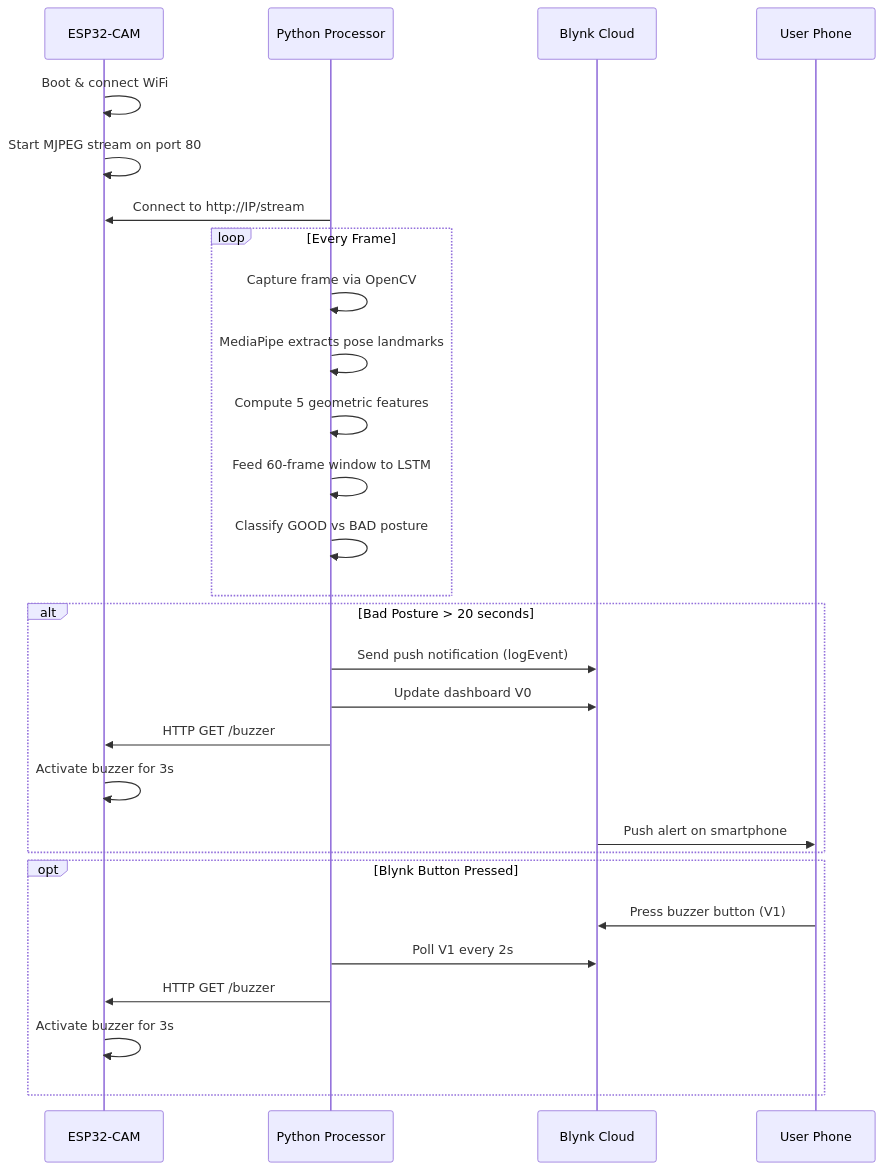
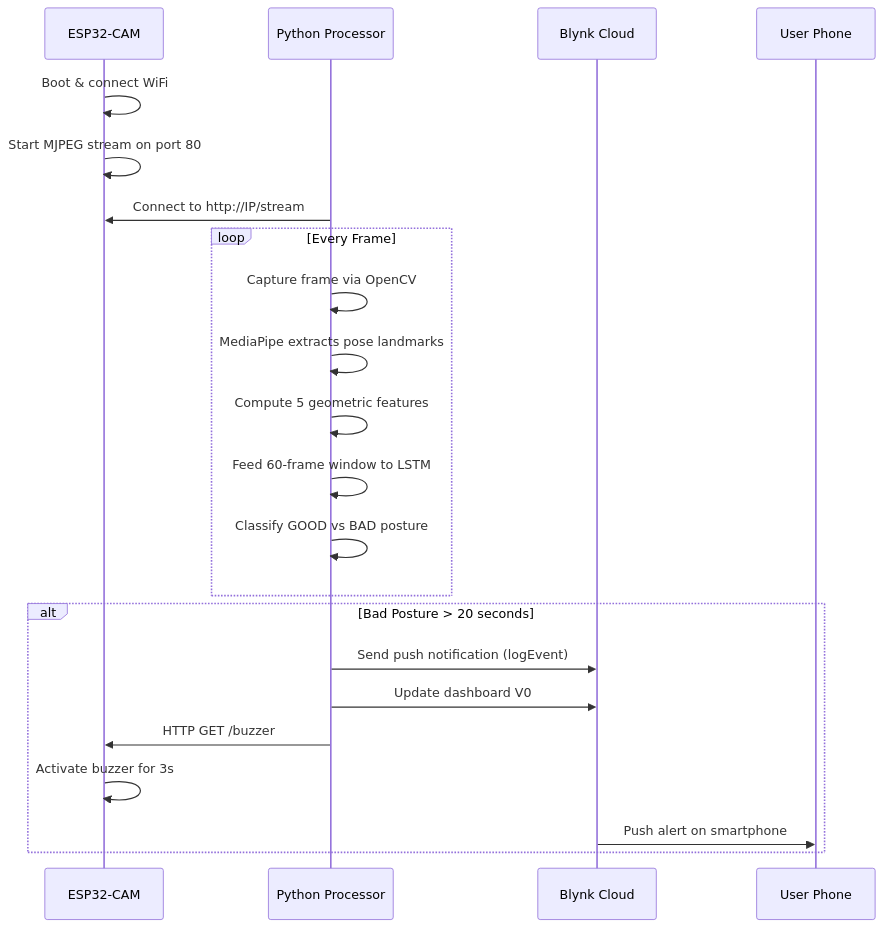
The second of 3 diagrams in README.md (Fatin007/Sitting_Posture_Detection), drawn with Mermaid before and after one commit. The commit also changed other lines of this file, not shown here.

````diff
--- a/README.md
+++ b/README.md
@@ -76,34 +76,27 @@
 ```mermaid
 sequenceDiagram
     participant ESP32 as ESP32-CAM
     participant PC as Python Processor
     participant Blynk as Blynk Cloud
     participant User as User Phone
 
     ESP32->>ESP32: Boot & connect WiFi
     ESP32->>ESP32: Start MJPEG stream on port 80
 
     PC->>ESP32: Connect to http://IP/stream
     loop Every Frame
         PC->>PC: Capture frame via OpenCV
         PC->>PC: MediaPipe extracts pose landmarks
         PC->>PC: Compute 5 geometric features
         PC->>PC: Feed 60-frame window to LSTM
         PC->>PC: Classify GOOD vs BAD posture
     end
 
     alt Bad Posture > 20 seconds
         PC->>Blynk: Send push notification (logEvent)
         PC->>Blynk: Update dashboard V0
         PC->>ESP32: HTTP GET /buzzer
         ESP32->>ESP32: Activate buzzer for 3s
         Blynk->>User: Push alert on smartphone
     end
-
-    opt Blynk Button Pressed
-        User->>Blynk: Press buzzer button (V1)
-        PC->>Blynk: Poll V1 every 2s
-        PC->>ESP32: HTTP GET /buzzer
-        ESP32->>ESP32: Activate buzzer for 3s
-    end
 ```
````
